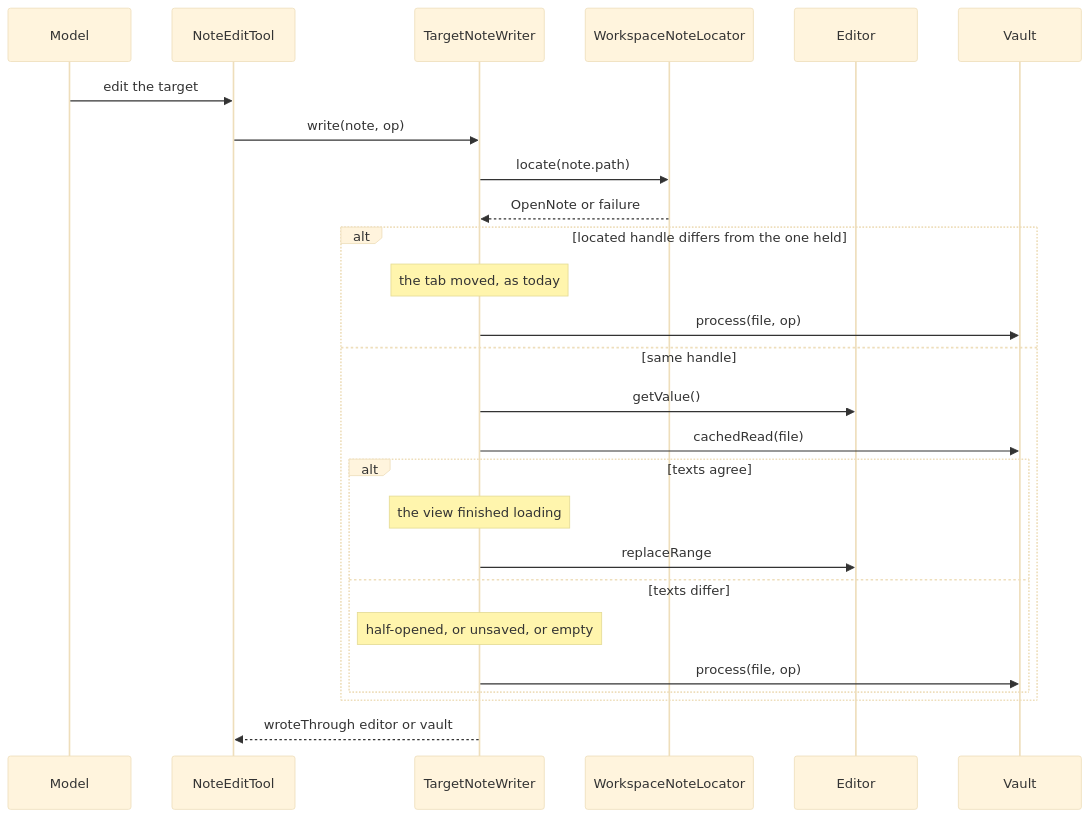
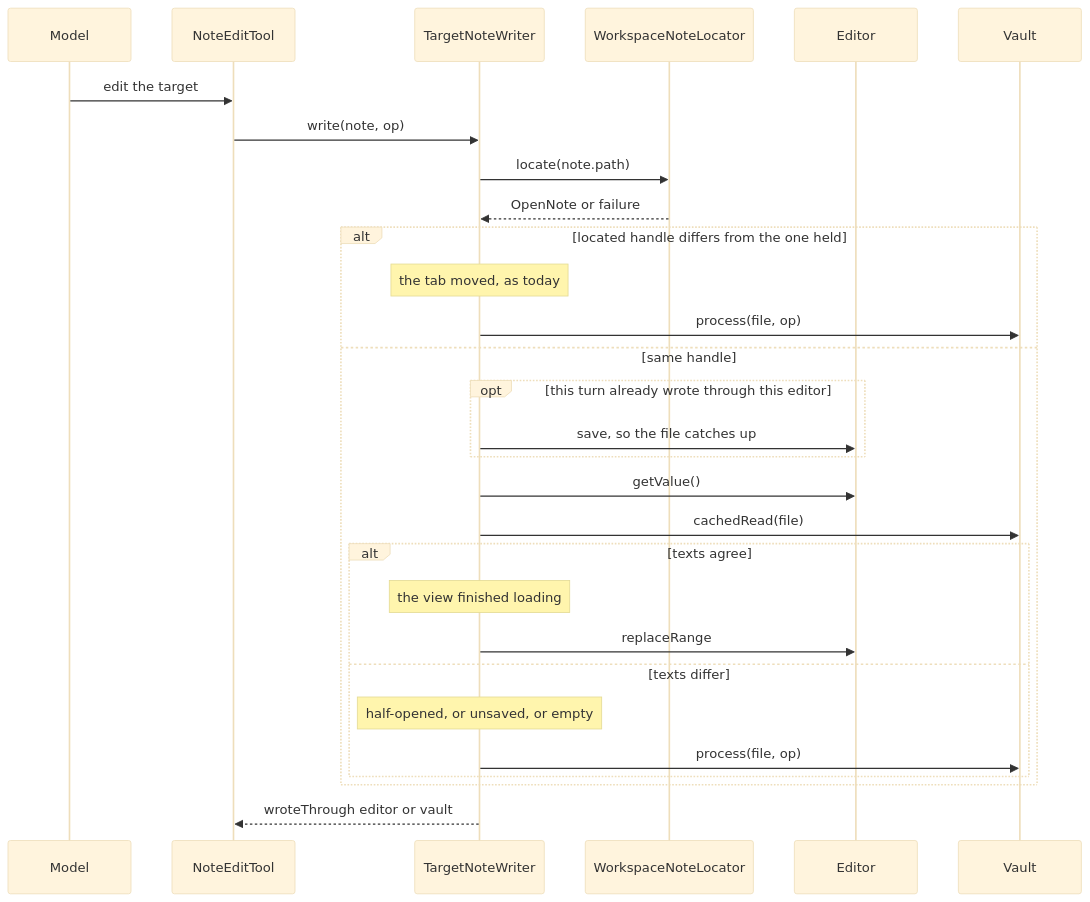
The diagram in docs/spec/2-active/2026-09-17b-the-half-opened-note/design/1-index.md (iparips/obsidian-tyto), drawn with Mermaid (base theme) before and after one commit. The commit also changed other lines of this file and 7 other files, not shown here.

````diff
--- a/docs/spec/2-active/2026-09-17b-the-half-opened-note/design/1-index.md
+++ b/docs/spec/2-active/2026-09-17b-the-half-opened-note/design/1-index.md
@@ -54,30 +61,33 @@
 ```mermaid
 sequenceDiagram
     participant Model
     participant NoteEditTool
     participant TargetNoteWriter
     participant WorkspaceNoteLocator
     participant Editor
     participant Vault
 
     Model->>NoteEditTool: edit the target
     NoteEditTool->>TargetNoteWriter: write(note, op)
     TargetNoteWriter->>WorkspaceNoteLocator: locate(note.path)
     WorkspaceNoteLocator-->>TargetNoteWriter: OpenNote or failure
 
     alt located handle differs from the one held
         Note over TargetNoteWriter: the tab moved, as today
         TargetNoteWriter->>Vault: process(file, op)
     else same handle
+        opt this turn already wrote through this editor
+            TargetNoteWriter->>Editor: save, so the file catches up
+        end
         TargetNoteWriter->>Editor: getValue()
         TargetNoteWriter->>Vault: cachedRead(file)
         alt texts agree
             Note over TargetNoteWriter: the view finished loading
             TargetNoteWriter->>Editor: replaceRange
         else texts differ
             Note over TargetNoteWriter: half-opened, or unsaved, or empty
             TargetNoteWriter->>Vault: process(file, op)
         end
     end
     TargetNoteWriter-->>NoteEditTool: wroteThrough editor or vault
 ```
````
